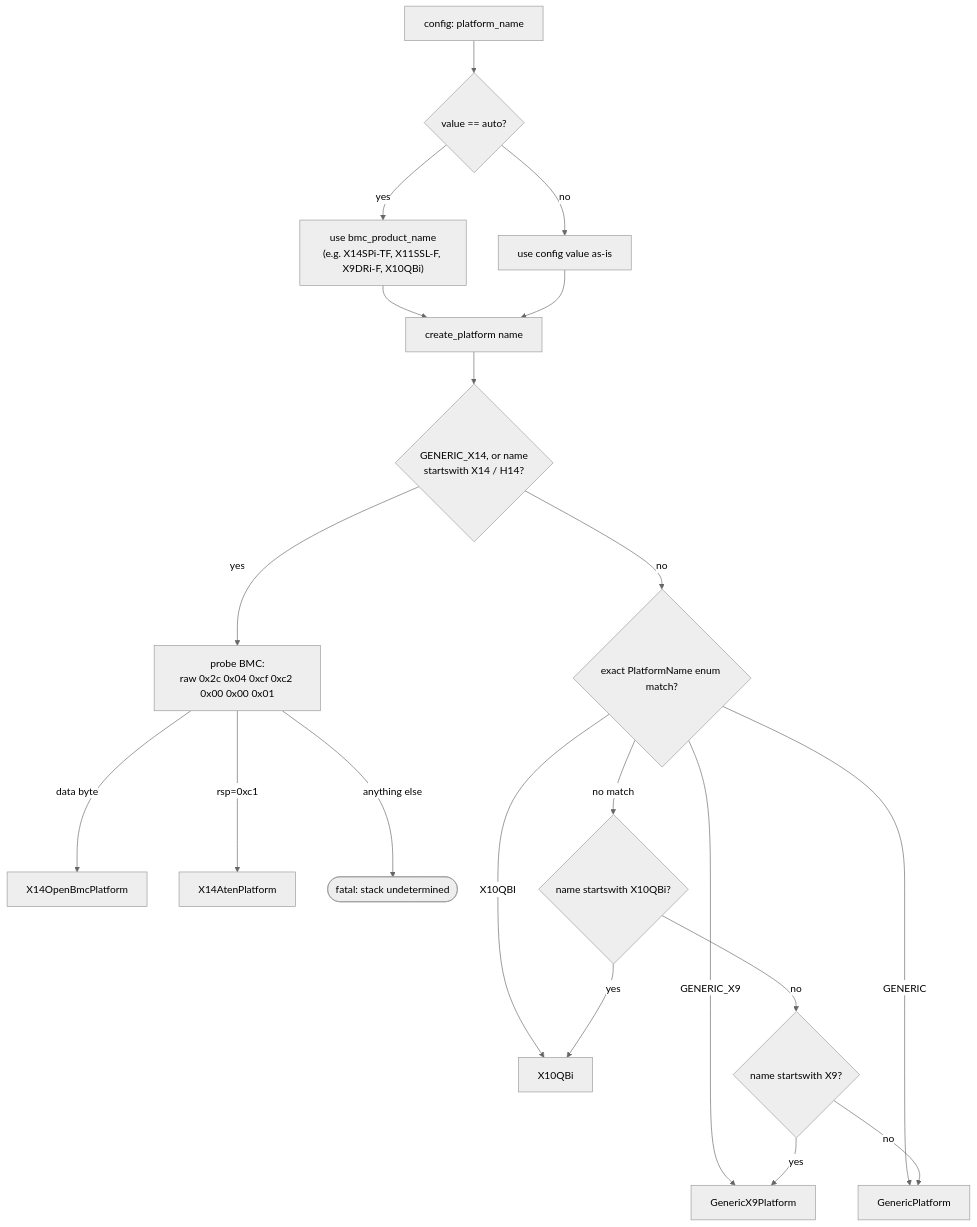
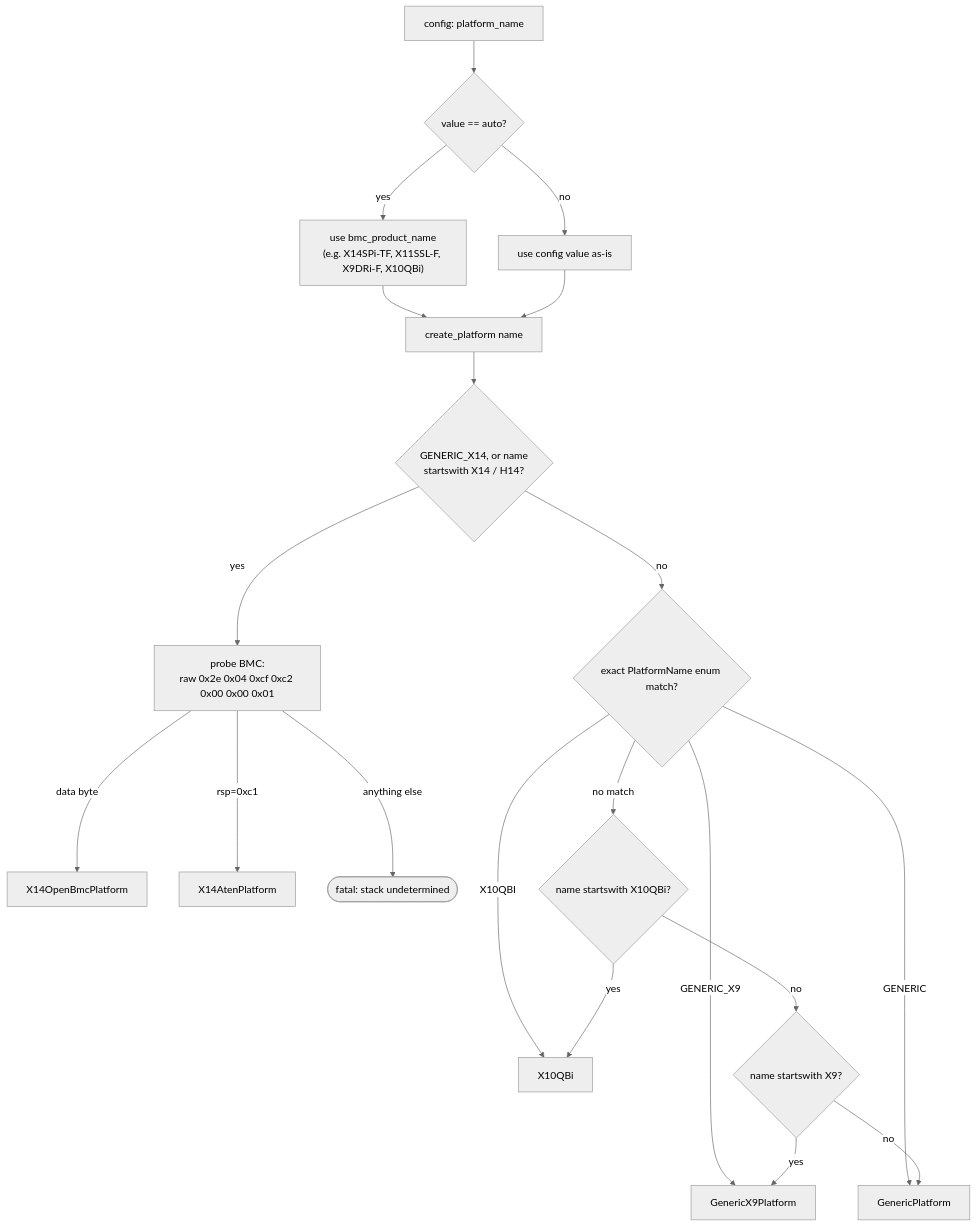
The third of 11 diagrams in ARCHITECTURE.md (petersulyok/smfc), drawn with Mermaid (neutral theme) before and after one commit. The commit also changed other lines of this file and 12 other files, not shown here.

````diff
--- a/ARCHITECTURE.md
+++ b/ARCHITECTURE.md
@@ -283,22 +283,22 @@
 ```mermaid
 flowchart TD
     A[config: platform_name] --> B{value == auto?}
     B -- yes --> C["use bmc_product_name<br/>(e.g. X14SPi-TF, X11SSL-F, X9DRi-F, X10QBi)"]
     B -- no --> D[use config value as-is]
     C --> F[create_platform name]
     D --> F
     F --> K{GENERIC_X14, or name<br/>startswith X14 / H14?}
-    K -- yes --> P["probe BMC:<br/>raw 0x2c 0x04 0xcf 0xc2 0x00 0x00 0x01"]
+    K -- yes --> P["probe BMC:<br/>raw 0x2e 0x04 0xcf 0xc2 0x00 0x00 0x01"]
     P -- data byte --> XOB[X14OpenBmcPlatform]
     P -- rsp=0xc1 --> XAT[X14AtenPlatform]
     P -- anything else --> ERR([fatal: stack undetermined])
     K -- no --> I{exact PlatformName enum match?}
     I -- GENERIC_X9 --> X9[GenericX9Platform]
     I -- X10QBI --> XQ[X10QBi]
     I -- GENERIC --> GP[GenericPlatform]
     I -- no match --> J{name startswith X10QBi?}
     J -- yes --> XQ
     J -- no --> H{name startswith X9?}
     H -- yes --> X9
     H -- no --> GP
 ```
````
